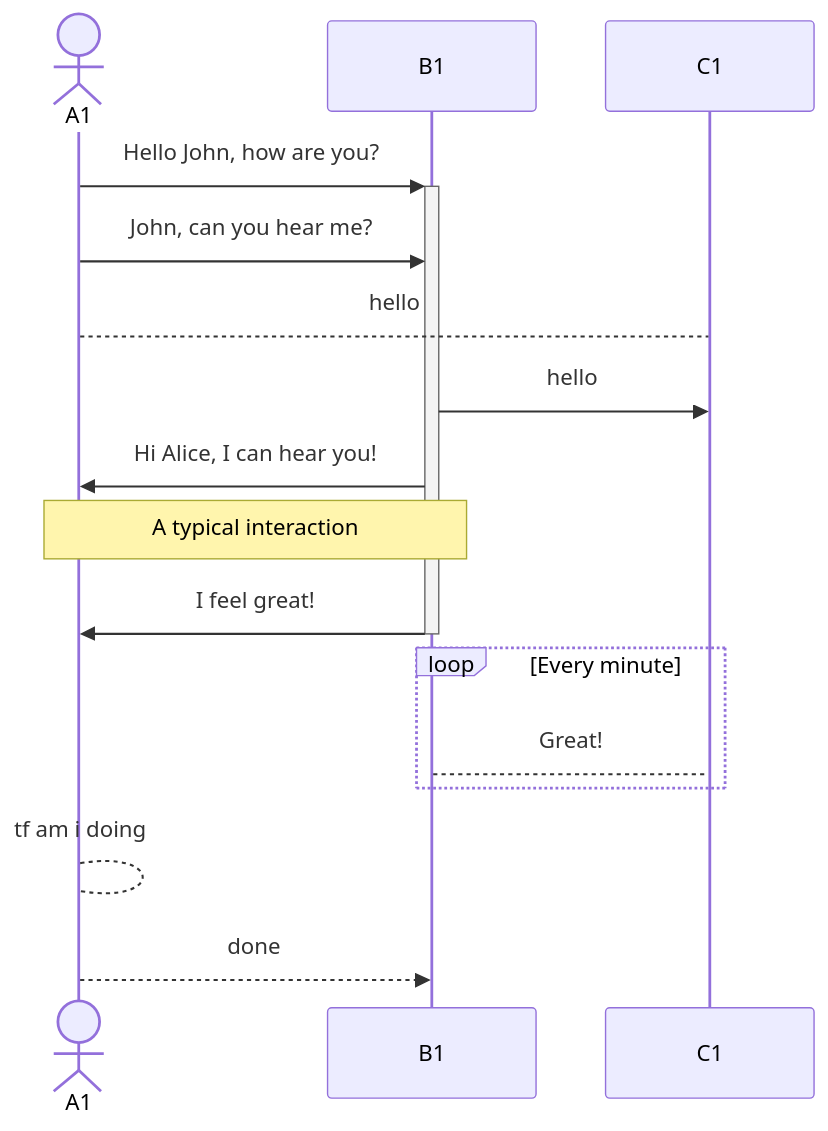
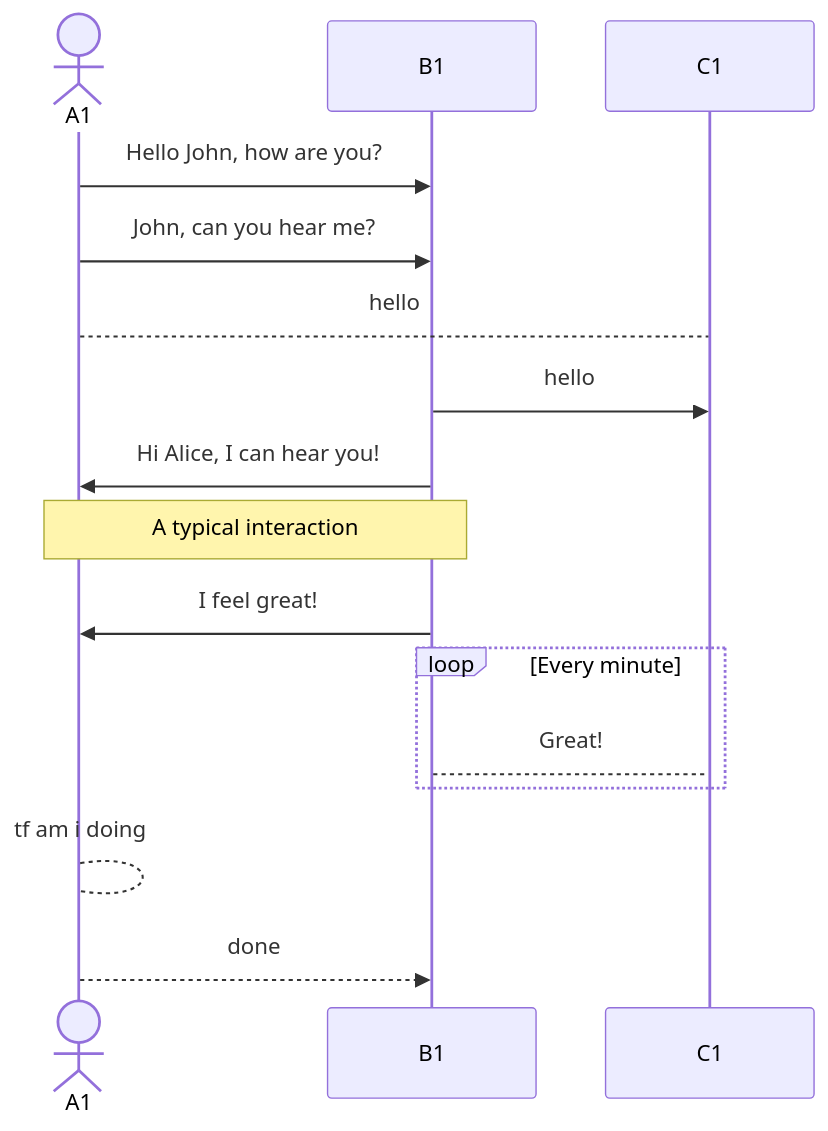
One commit to jktechs/pxt-jannick changed the diagram in Main.md. Above: the diagram before and after it, drawn with Mermaid.

Commit message:
vault backup: 2023-07-26 20:06:29

````diff
--- a/Main.md
+++ b/Main.md
@@ -42,18 +42,18 @@
 ```mermaid
 sequenceDiagram
     actor A1
     participant B1
-    A1->>+B1: Hello John, how are you?
+    A1->>B1: Hello John, how are you?
     A1->>B1: John, can you hear me?
     A1-->C1: hello
     B1->>C1: hello
     B1->>A1: Hi Alice, I can hear you!
     Note over A1,B1: A typical interaction
-    B1->>-A1: I feel great!
+    B1->>A1: I feel great!
     loop Every minute
         B1-->C1: Great!
     end
     A1-->A1: tf am i doing
     A1-->>B1: done
 
 ```
````
